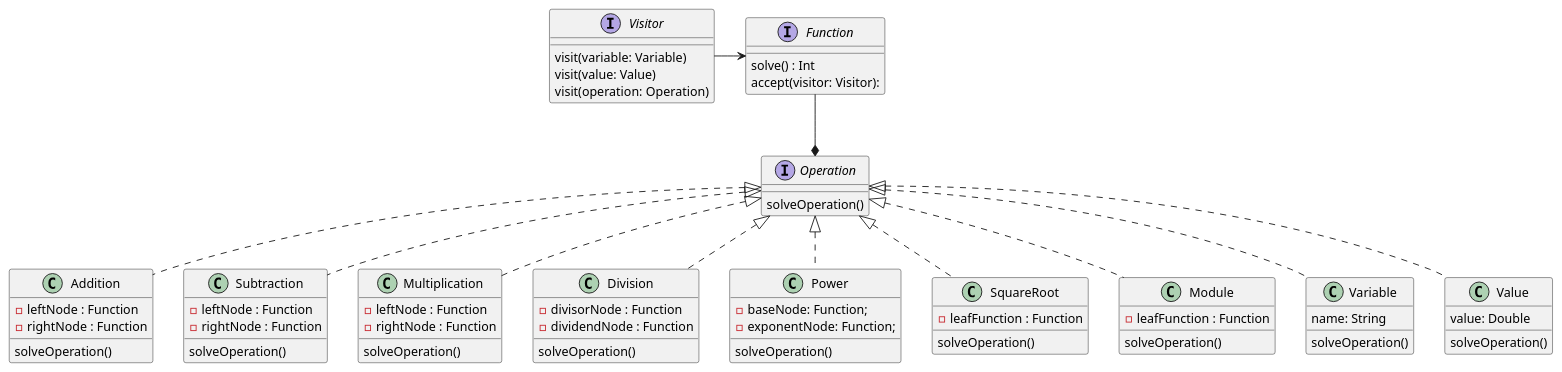
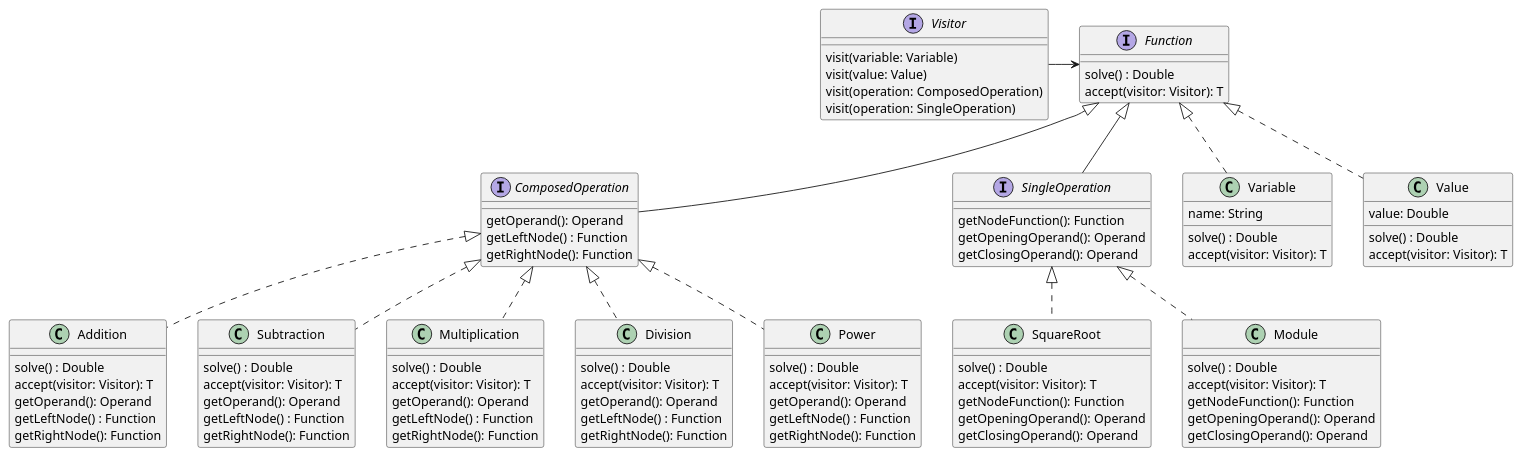
The diagram in diagrams/function.puml (austral-ingsis-classroom/formula-Nicolas-Berretta), drawn with PlantUML before and after one commit. The commit also changed 1 other file, not shown here.

Commit message:
added finished diagram

```diff
--- a/diagrams/function.puml
+++ b/diagrams/function.puml
@@ -1,66 +1,96 @@
 @startuml
 
 interface Function{
-    solve() : Int
-    accept(visitor: Visitor):
+    solve() : Double
+    accept(visitor: Visitor): T
+    'use T for generics'
 }
 
 
-interface Operation {
-    solveOperation()
+interface ComposedOperation implements Function{
+    getOperand(): Operand
+    getLeftNode() : Function
+    getRightNode(): Function
+}
+interface SingleOperation implements Function{
+    getNodeFunction(): Function
+    getOpeningOperand(): Operand
+    getClosingOperand(): Operand
 }
 
-class Addition implements Operation{
-    solveOperation()
-    - leftNode : Function
-    - rightNode : Function
-}
-class Subtraction implements Operation{
-    solveOperation()
-    - leftNode : Function
-    - rightNode : Function
-}
-class Multiplication implements Operation{
-    solveOperation()
-    - leftNode : Function
-    - rightNode : Function
-}
-class Division implements Operation {
-    solveOperation()
-    - divisorNode : Function
-    - dividendNode : Function
-}
-class Power implements Operation {
-    solveOperation()
-    - baseNode: Function;
-    - exponentNode: Function;
-}
-class SquareRoot implements Operation{
-    solveOperation()
-    - leafFunction : Function
-}
-class Module implements Operation{
-    solveOperation()
-    - leafFunction : Function
-}
-class Variable implements Operation{
-    name: String
-    solveOperation()
+class Addition implements ComposedOperation{
+    solve() : Double
+    accept(visitor: Visitor): T
+    getOperand(): Operand
+    getLeftNode() : Function
+    getRightNode(): Function
 }
 
-class Value implements Operation{
+class Subtraction implements ComposedOperation{
+    solve() : Double
+    accept(visitor: Visitor): T
+    getOperand(): Operand
+    getLeftNode() : Function
+    getRightNode(): Function
+}
+
+class Multiplication implements ComposedOperation{
+    solve() : Double
+    accept(visitor: Visitor): T
+    getOperand(): Operand
+    getLeftNode() : Function
+    getRightNode(): Function
+}
+
+class Division implements ComposedOperation {
+    solve() : Double
+    accept(visitor: Visitor): T
+    getOperand(): Operand
+    getLeftNode() : Function
+    getRightNode(): Function
+}
+
+class Power implements ComposedOperation {
+    solve() : Double
+    accept(visitor: Visitor): T
+    getOperand(): Operand
+    getLeftNode() : Function
+    getRightNode(): Function
+}
+class SquareRoot implements SingleOperation{
+    solve() : Double
+    accept(visitor: Visitor): T
+    getNodeFunction(): Function
+    getOpeningOperand(): Operand
+    getClosingOperand(): Operand
+}
+class Module implements SingleOperation{
+    solve() : Double
+    accept(visitor: Visitor): T
+    getNodeFunction(): Function
+    getOpeningOperand(): Operand
+    getClosingOperand(): Operand
+}
+class Variable implements Function{
+    solve() : Double
+    accept(visitor: Visitor): T
+    name: String
+}
+
+class Value implements Function{
+    solve() : Double
+    accept(visitor: Visitor): T
     value: Double
-    solveOperation()
 }
 
 interface Visitor{
     visit(variable: Variable)
     visit(value: Value)
-    visit(operation: Operation)
+    visit(operation: ComposedOperation)
+    visit(operation: SingleOperation)
 }
 
 'A function is made of some operations, like sum, subs, multiplication ...'
-Function --* Operation
 
 Visitor -> Function
 @enduml
```
